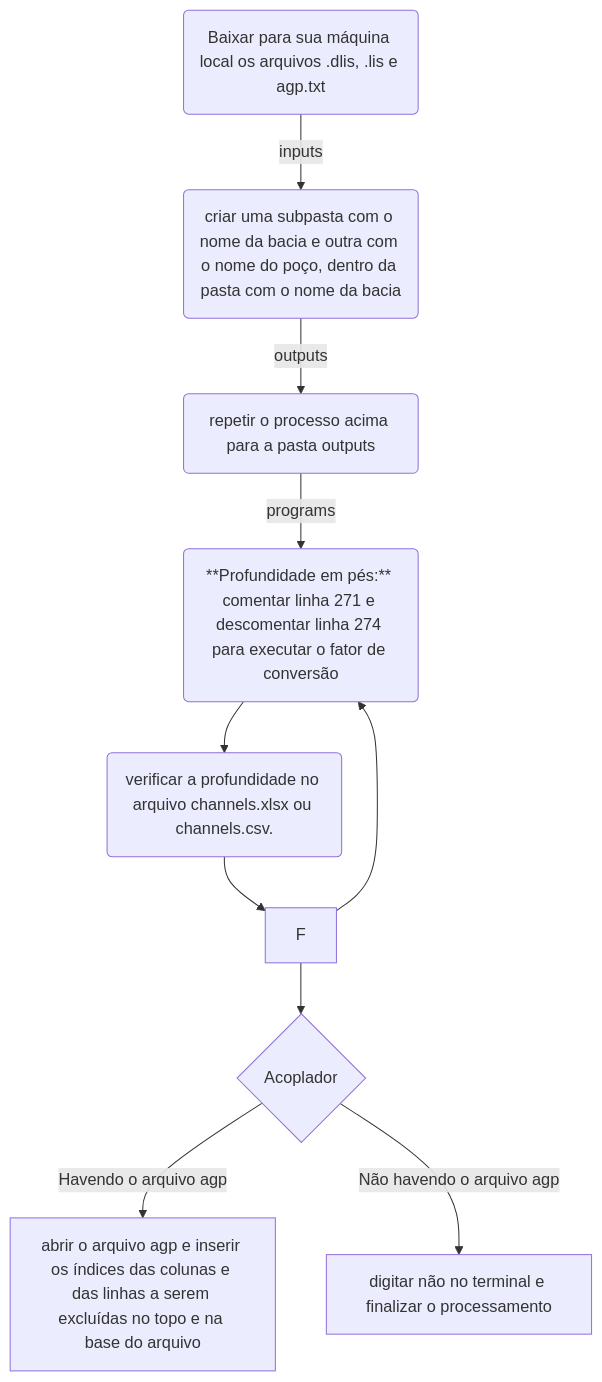
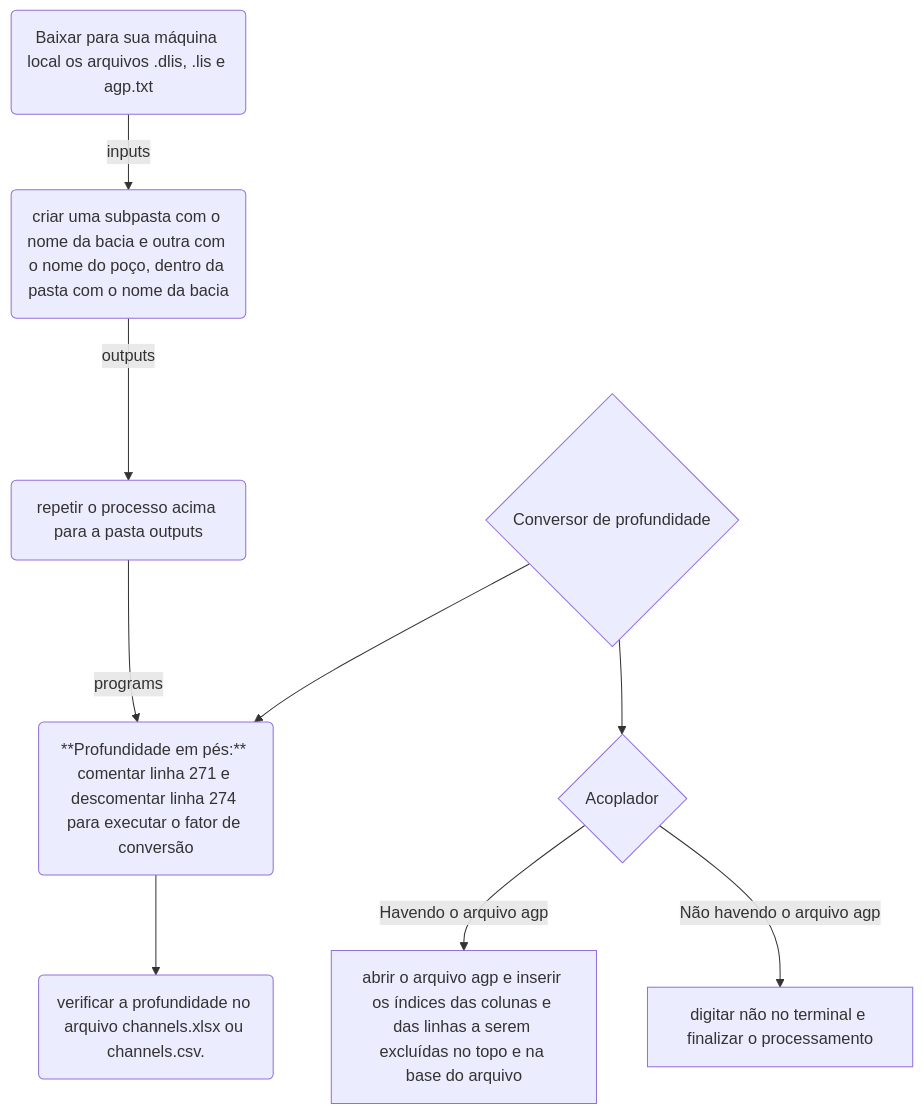
Before and after one commit to PR-4/Odisseia: the diagram in README.md, drawn with Mermaid.

````diff
--- a/README.md
+++ b/README.md
@@ -18,18 +18,18 @@
 ```mermaid
 flowchart TD
 
 A(Baixar para sua máquina local os arquivos .dlis, .lis e agp.txt) -->|inputs| B(criar uma subpasta com o nome da bacia e outra com o nome do poço, dentro da pasta com o nome da bacia)
     B --> |outputs| C(repetir o processo acima para a pasta outputs)
     C --> |programs| D(executar no terminal o comando python odisseu.py)
-    D -->  E(verificar a profundidade no arquivo channels.xlsx ou channels.csv. )
-    E --> F 
-    
+    D -->  E(verificar a profundidade no arquivo channels.xlsx ou channels.csv. ) 
+               
+               F{Conversor de profundidade}
     F --> D(**Profundidade em pés:** comentar linha 271 e descomentar linha 274 para executar o fator de conversão)
     F --> G(**Profundiade em metros:** alimentar a lista propriedades com as propriedades alvo)
 
                G{Acoplador}
    G --> |Havendo o arquivo agp| H[abrir o arquivo agp e inserir os índices das colunas e das linhas a serem excluídas no topo e na base do arquivo]   
    G --> |Não havendo o arquivo agp| I[digitar não no terminal e finalizar o processamento]
 
 
 ```
````
